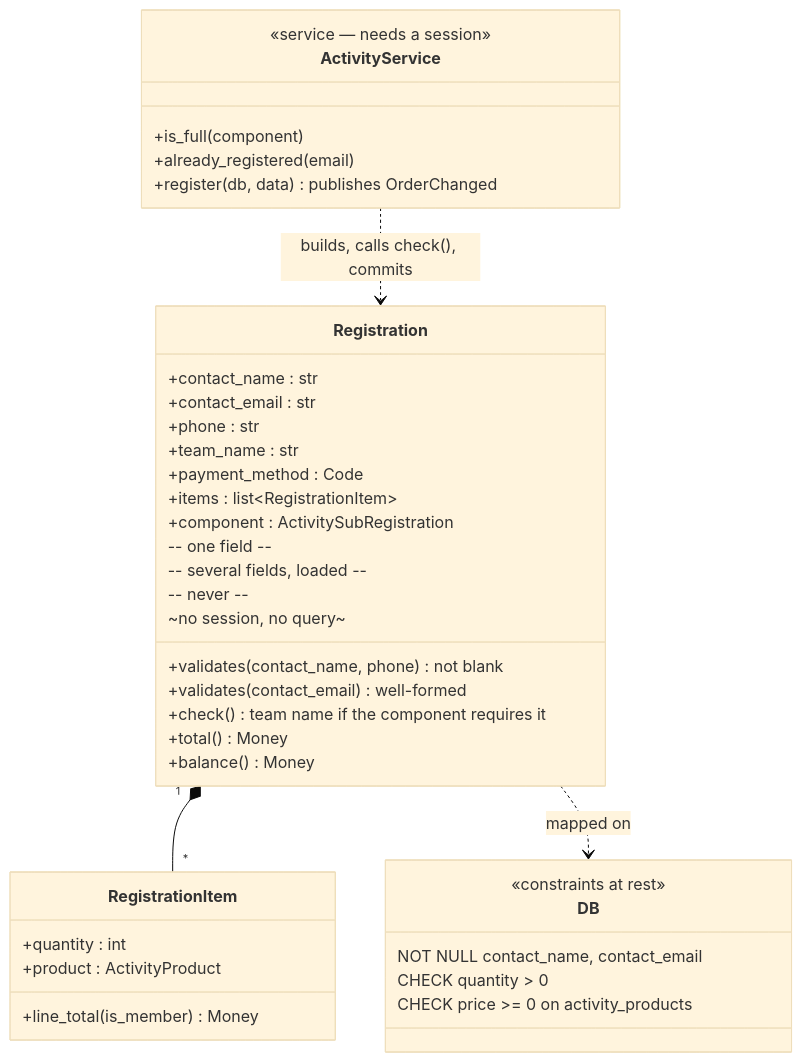
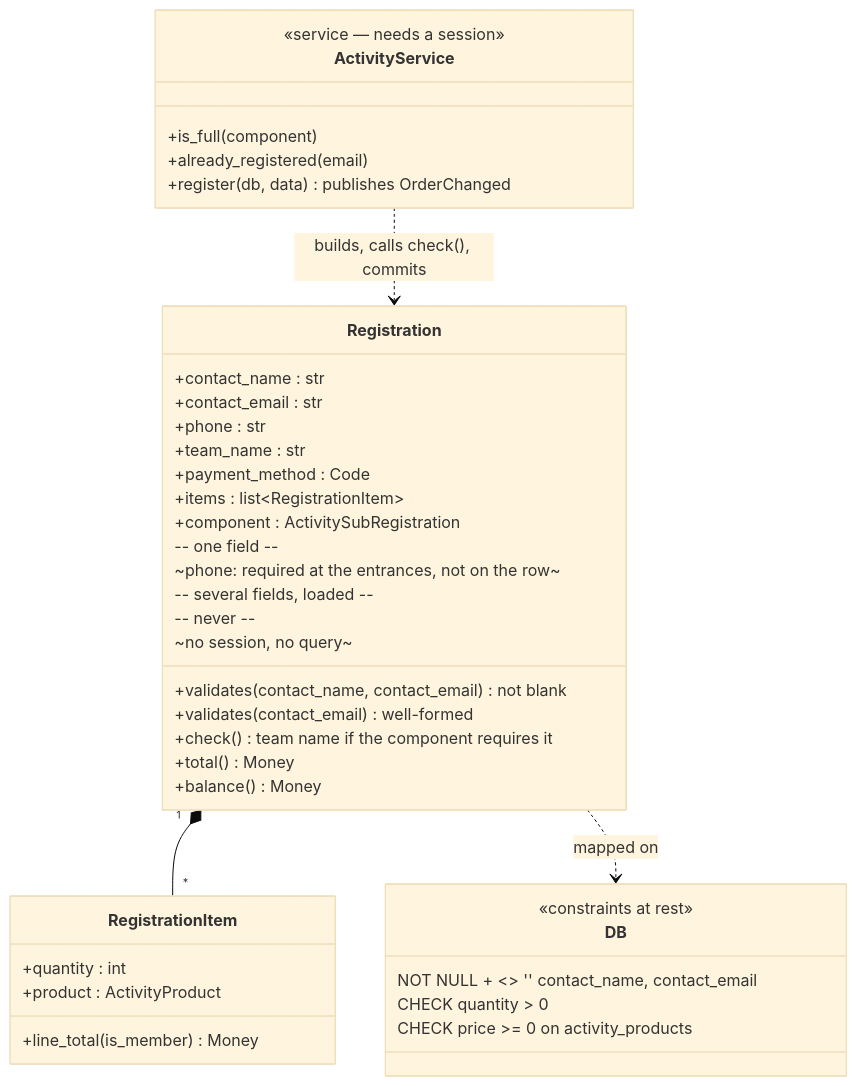
One commit to KoenRenders/KoenTest changed the fifth of 6 diagrams in docs/change_request_13_oo_foundation.md. Above: the diagram before and after it, drawn with Mermaid (base theme). The commit also changed other lines of this file, not shown here.

First line of the commit message:
docs(cr-13): phase 1 — no database constraint on registrations.phone; the entrances require it, the database does not (Koen, 29 September 2026); name and e-mail keep NOT NULL + <> ''

````diff
--- a/docs/change_request_13_oo_foundation.md
+++ b/docs/change_request_13_oo_foundation.md
@@ -514,41 +514,42 @@
 ```mermaid
 classDiagram
   class Registration {
     +contact_name : str
     +contact_email : str
     +phone : str
     +team_name : str
     +payment_method : Code
     +items : list~RegistrationItem~
     +component : ActivitySubRegistration
     -- one field --
-    +validates(contact_name, phone) not blank
+    +validates(contact_name, contact_email) not blank
     +validates(contact_email) well-formed
+    ~phone: required at the entrances, not on the row~
     -- several fields, loaded --
     +check() team name if the component requires it
     +total() Money
     +balance() Money
     -- never --
     ~no session, no query~
   }
   class RegistrationItem {
     +quantity : int
     +product : ActivityProduct
     +line_total(is_member) Money
   }
   class ActivityService {
     <<service — needs a session>>
     +is_full(component)
     +already_registered(email)
     +register(db, data) publishes OrderChanged
   }
   class DB {
     <<constraints at rest>>
-    NOT NULL contact_name, contact_email
+    NOT NULL + <> '' contact_name, contact_email
     CHECK quantity > 0
     CHECK price >= 0 on activity_products
   }
   Registration "1" *-- "*" RegistrationItem
   ActivityService ..> Registration : builds, calls check(), commits
   Registration ..> DB : mapped on
 ```
````
